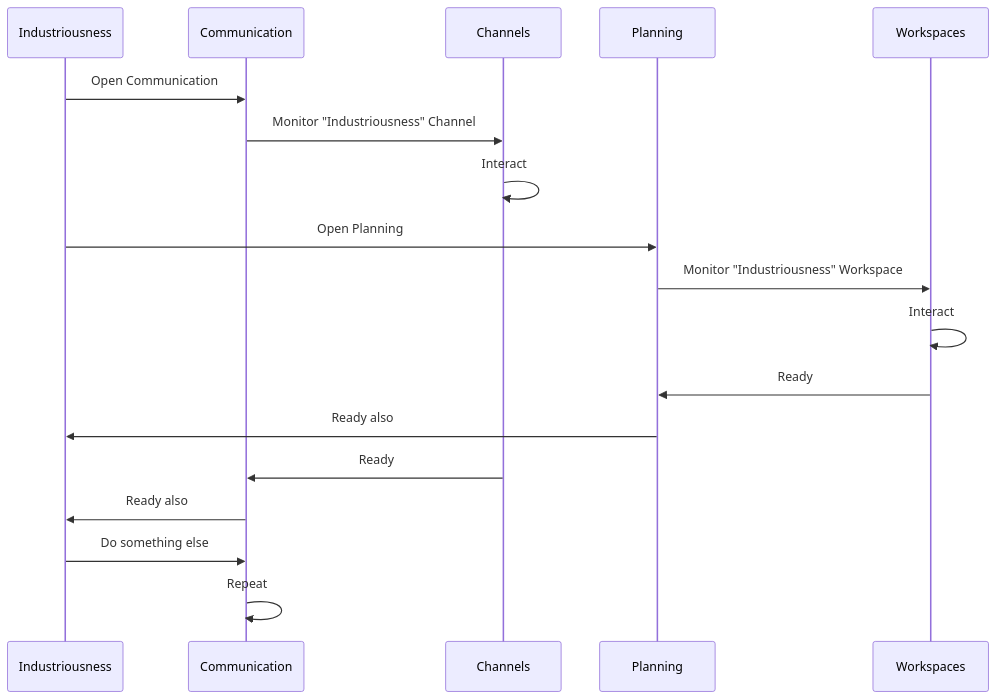
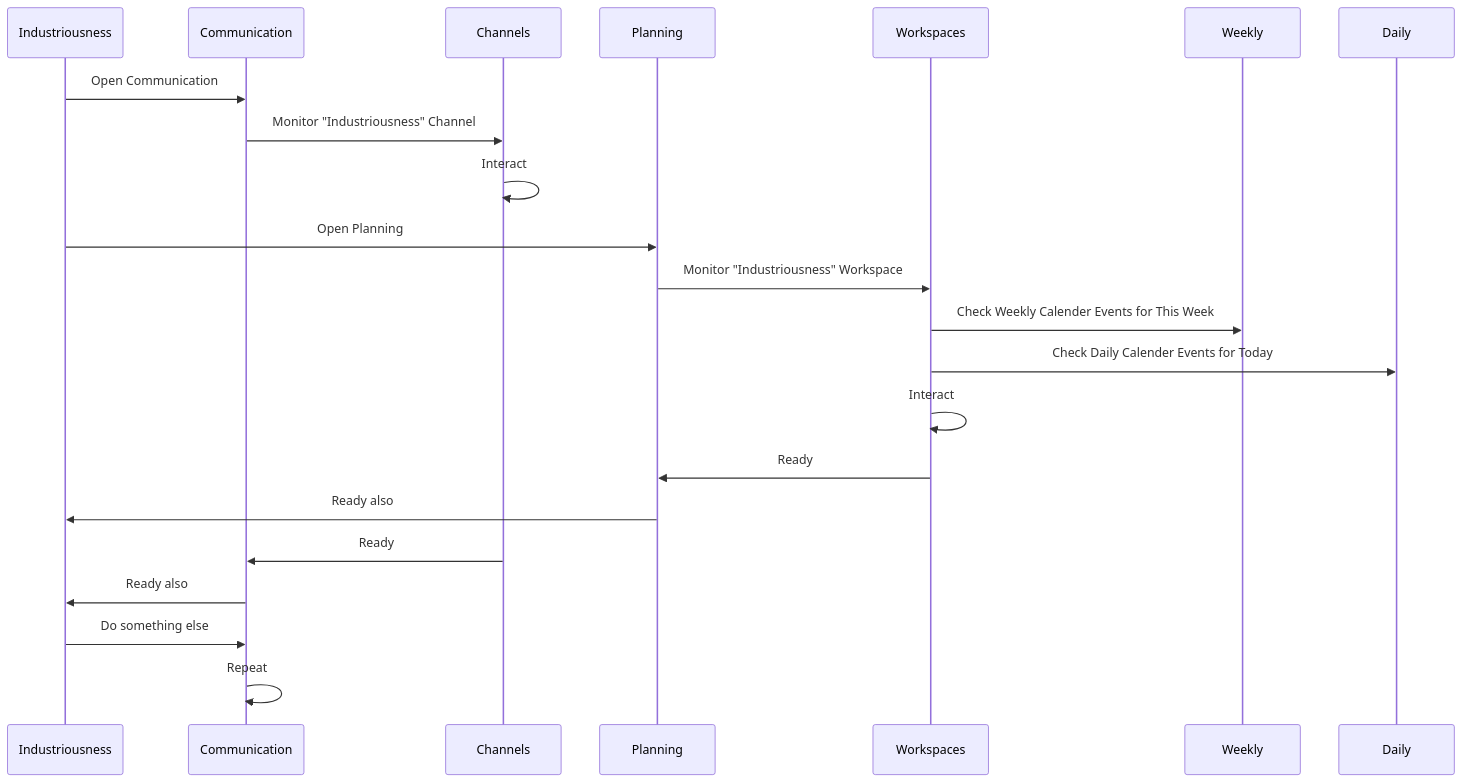
The second of 2 diagrams in 300/README.md (vanHeemstraSystems/industriousness), drawn with Mermaid before and after one commit.

````diff
--- a/300/README.md
+++ b/300/README.md
@@ -21,20 +21,24 @@
 ```mermaid
 sequenceDiagram
     participant Industriousness
     participant Communication
     participant Channels
     participant Planning
     participant Workspaces
+    participant Weekly
+    participant Daily
     Industriousness->>Communication: Open Communication
     Communication->>Channels: Monitor "Industriousness" Channel
     Channels->>Channels: Interact
     Industriousness->>Planning: Open Planning
     Planning->>Workspaces: Monitor "Industriousness" Workspace
+    Workspaces->>Weekly: Check Weekly Calender Events for This Week
+    Workspaces->>Daily: Check Daily Calender Events for Today
     Workspaces->>Workspaces: Interact
     Workspaces->>Planning: Ready
     Planning->>Industriousness: Ready also
     Channels->>Communication: Ready
     Communication->>Industriousness: Ready also
     Industriousness->>Communication: Do something else
     Communication->>Communication: Repeat
 ```
````
